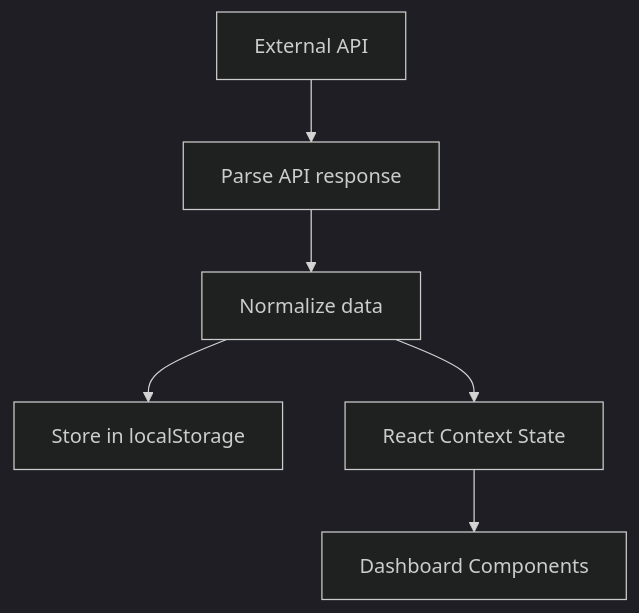
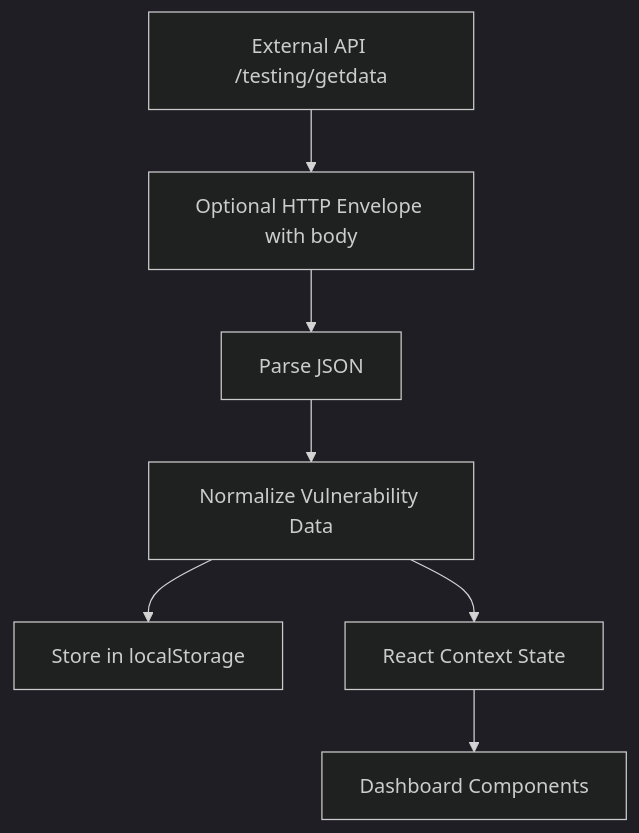
The third of 4 diagrams in README.md (InfraCrawlers/EVAPA-Dashboard), drawn with Mermaid (dark theme) before and after one commit. The commit also changed other lines of this file, not shown here.

````diff
--- a/README.md
+++ b/README.md
@@ -152,15 +207,17 @@
 ```mermaid
 flowchart TD
-  API[External API]
-  PARSE[Parse API response]
-  NORMALIZE[Normalize data]
-  STORE[Store in localStorage]
+  API[External API /testing/getdata]
+  HTTP_ENV[Optional HTTP Envelope with body]
+  PARSE[Parse JSON]
+  NORMALIZE[Normalize Vulnerability Data]
+  LS[Store in localStorage]
   CONTEXT[React Context State]
   UI[Dashboard Components]
 
-  API --> PARSE
+  API --> HTTP_ENV
+  HTTP_ENV --> PARSE
   PARSE --> NORMALIZE
-  NORMALIZE --> STORE
+  NORMALIZE --> LS
   NORMALIZE --> CONTEXT
   CONTEXT --> UI
 ```
````
